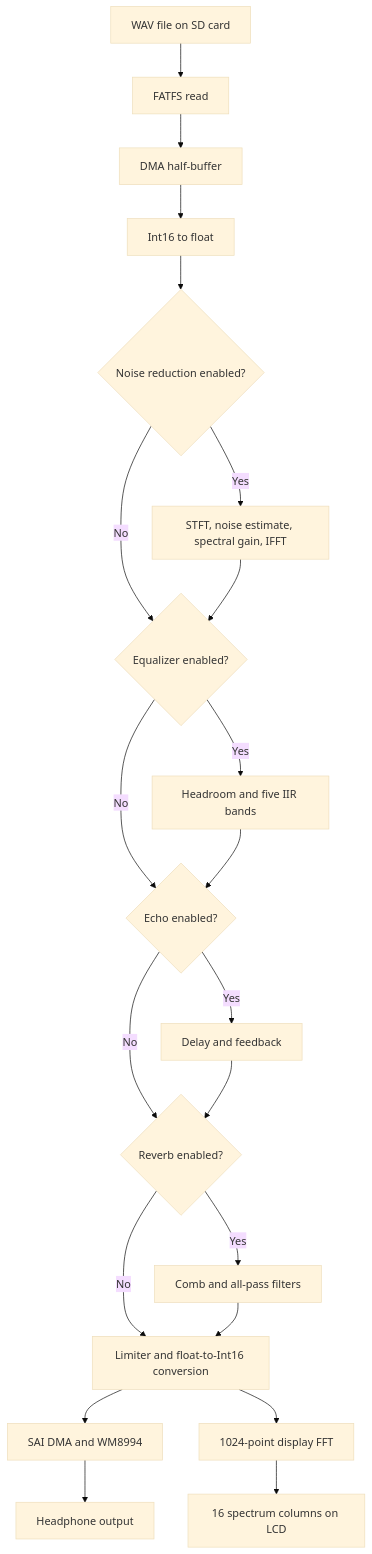
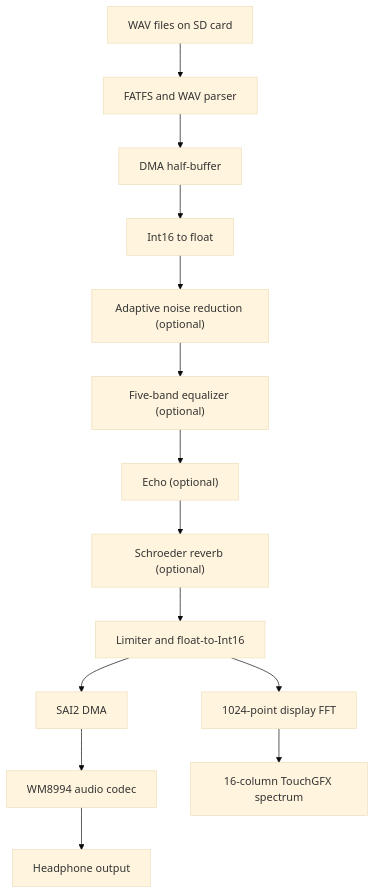
Before and after one commit to alifarzanehrad/stm32-audio-dsp-player: the diagram in README.md, drawn with Mermaid (base theme).

Commit message:
docs(readme): simplify audio pipeline diagram

````diff
--- a/README.md
+++ b/README.md
@@ -54,32 +54,18 @@
 ```mermaid
 flowchart TD
-    A["WAV file on SD card"] --> B["FATFS read"]
+    A["WAV files on SD card"] --> B["FATFS and WAV parser"]
     B --> C["DMA half-buffer"]
     C --> D["Int16 to float"]
+    D --> E["Adaptive noise reduction (optional)"]
+    E --> F["Five-band equalizer (optional)"]
+    F --> G["Echo (optional)"]
+    G --> H["Schroeder reverb (optional)"]
+    H --> I["Limiter and float-to-Int16"]
 
-    D --> NR{"Noise reduction enabled?"}
-    NR -- Yes --> NRP["STFT, noise estimate, spectral gain, IFFT"]
-    NR -- No --> EQ
-    NRP --> EQ
+    I --> J["SAI2 DMA"]
+    J --> K["WM8994 audio codec"]
+    K --> L["Headphone output"]
 
-    EQ{"Equalizer enabled?"}
-    EQ -- Yes --> EQP["Headroom and five IIR bands"]
-    EQ -- No --> EC
-    EQP --> EC
-
-    EC{"Echo enabled?"}
-    EC -- Yes --> ECP["Delay and feedback"]
-    EC -- No --> RV
-    ECP --> RV
-
-    RV{"Reverb enabled?"}
-    RV -- Yes --> RVP["Comb and all-pass filters"]
-    RV -- No --> LIM
-    RVP --> LIM
-
-    LIM["Limiter and float-to-Int16 conversion"]
-    LIM --> DMA["SAI DMA and WM8994"]
-    LIM --> FFT["1024-point display FFT"]
-    FFT --> LCD["16 spectrum columns on LCD"]
-    DMA --> OUT["Headphone output"]
+    I --> M["1024-point display FFT"]
+    M --> N["16-column TouchGFX spectrum"]
 ```
````
